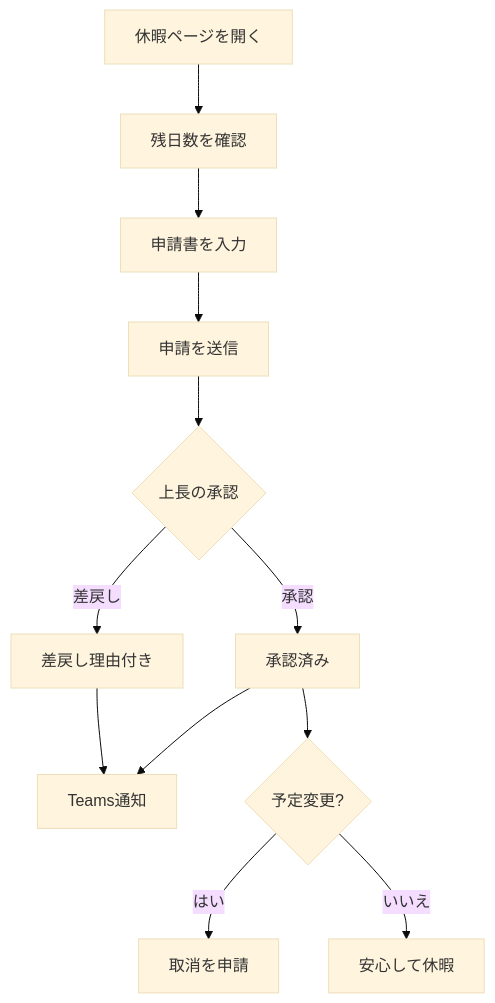
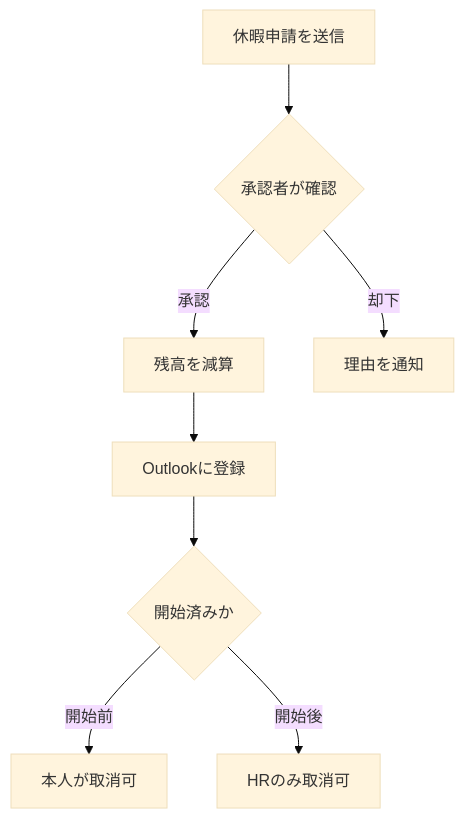
One commit to cancerfreebiotech/myops changed the first of 3 diagrams in docs/generated/ja-user.md. Above: the diagram before and after it, drawn with Mermaid (base theme). The commit also changed other lines of this file and 6 other files, not shown here.

````diff
--- a/docs/generated/ja-user.md
+++ b/docs/generated/ja-user.md
@@ -135,14 +625,10 @@
 ```mermaid
 flowchart TD
-    A[休暇ページを開く] --> B[残日数を確認]
-    B --> C[申請書を入力]
-    C --> D[申請を送信]
-    D --> E{上長の承認}
-    E -->|承認| F[承認済み]
-    E -->|差戻し| G[差戻し理由付き]
-    F --> H[Teams通知]
-    G --> H
-    F --> I{予定変更?}
-    I -->|はい| J[取消を申請]
-    I -->|いいえ| K[安心して休暇]
+    A[休暇申請を送信] --> B{承認者が確認}
+    B -->|承認| C[残高を減算]
+    C --> D[Outlookに登録]
+    D --> E{開始済みか}
+    E -->|開始前| F[本人が取消可]
+    E -->|開始後| G[HRのみ取消可]
+    B -->|却下| H[理由を通知]
 ```
````
